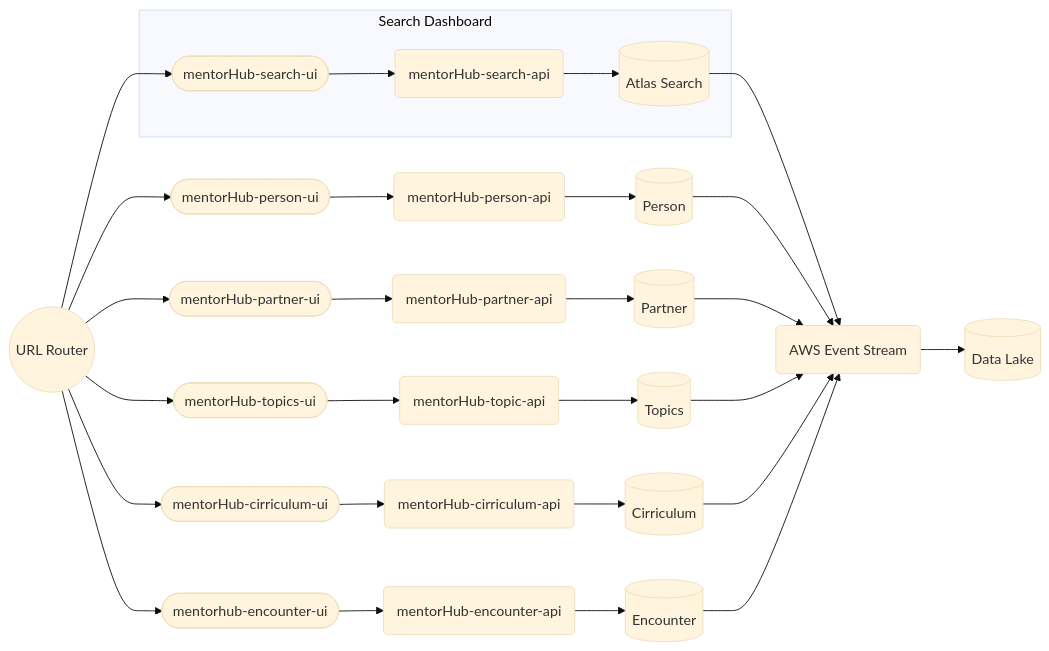
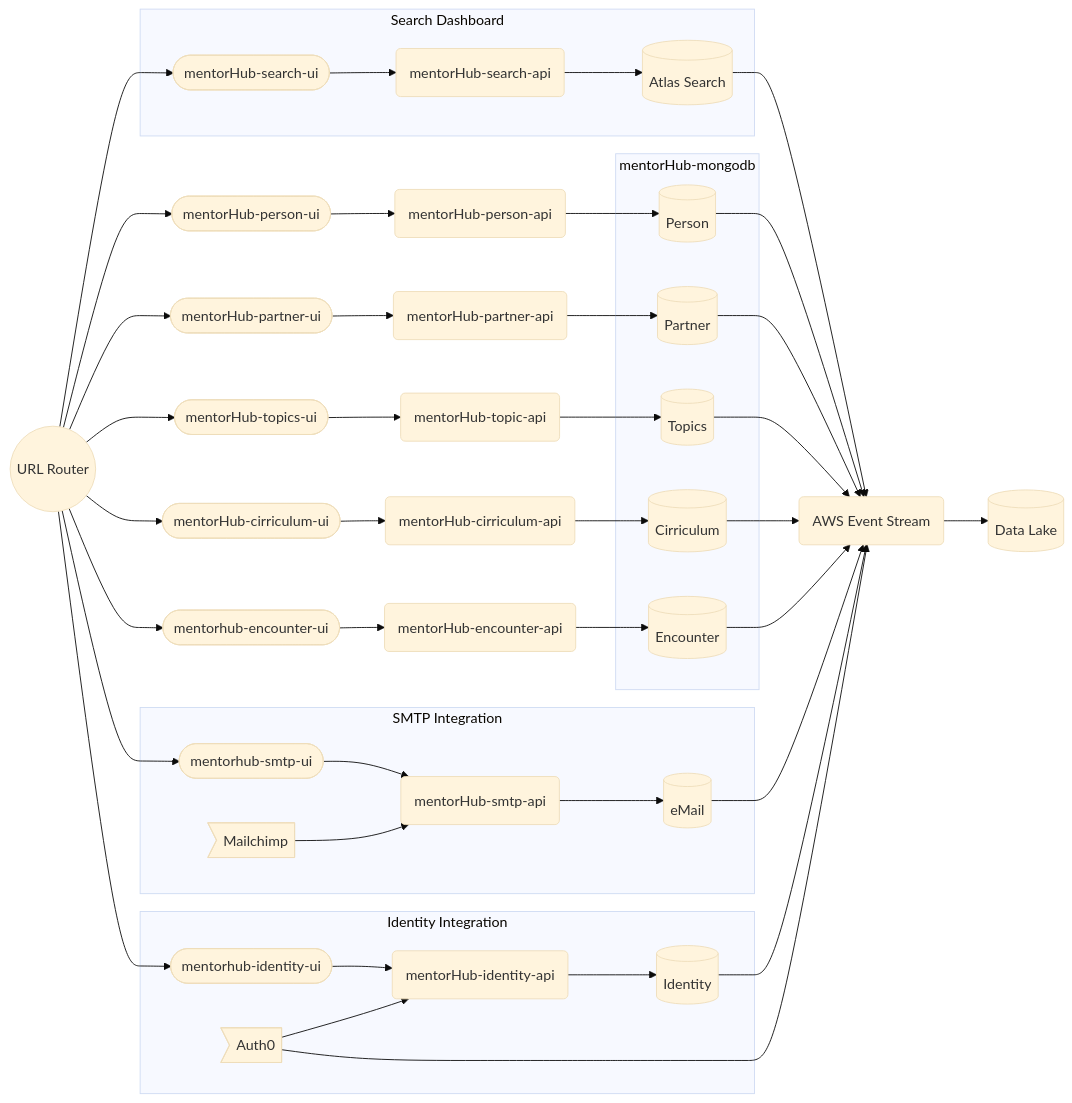
One commit to agile-learning-institute/mentorHub changed the first of 6 diagrams in specifications/ARCHITECTURE.md. Above: the diagram before and after it, drawn with Mermaid (base theme).

````diff
--- a/specifications/ARCHITECTURE.md
+++ b/specifications/ARCHITECTURE.md
@@ -19,46 +19,79 @@
 ```mermaid
 flowchart LR
     APIG((URL Router))
     BUS(AWS Event Stream)
     --> DataLake[(Data Lake)]
 
     APIG 
     --> SearchUI([mentorHub-search-ui])
     subgraph Search Dashboard
         SearchUI
         --> SearchAPI(mentorHub-search-api)
         --> SearchDB[(Atlas Search)]
     end
     SearchDB --> BUS
 
     APIG
     --> PersonUI([mentorHub-person-ui])
     --> PersonAPI(mentorHub-person-api)
     --> PersonDB[(Person)]
     --> BUS
 
     APIG
     --> PartnerUI([mentorHub-partner-ui])
     --> PartnerAPI(mentorHub-partner-api)
     --> PartnerDB[(Partner)]
     --> BUS
 
     APIG    
     --> TopicsUI([mentorHub-topics-ui])
     --> TopicsAPI(mentorHub-topic-api)
     --> TopicsDB[(Topics)]
     --> BUS
 
     APIG    
     --> CirriculumUI([mentorHub-cirriculum-ui])
     --> CirriculumAPI(mentorHub-cirriculum-api)
     --> CirriculumDB[(Cirriculum)]
     --> BUS
 
     APIG    
     --> EncounterUI([mentorhub-encounter-ui])
     --> EncounterAPI(mentorHub-encounter-api)
     --> EncounterDB[(Encounter)]
     --> BUS
 
+    APIG --> eMailUI([mentorhub-smtp-ui])
+    subgraph SMTP Integration
+        eMailUI
+        --> eMailAPI(mentorHub-smtp-api)
+        --> eMailDB[(eMail)]
+        eMail>Mailchimp]
+        --> eMailAPI
+    end
+    eMailDB --> BUS
+
+    APIG --> IdentityUI([mentorhub-identity-ui])    
+    subgraph Identity Integration
+        IdentityUI
+        --> IdentityAPI(mentorHub-identity-api)
+        --> IdentityDB[(Identity)]
+        Auth0>Auth0]
+        --> IdentityAPI
+    end
+    IdentityDB --> BUS
+
+    Auth0 
+    --> BUS
+
+    subgraph mentorHub-mongodb
+        PersonDB
+        TopicsDB
+        PartnerDB
+        CirriculumDB
+        EncounterDB
+        IdentityDB
+        eMailDB
+    end
+
 ```
````
